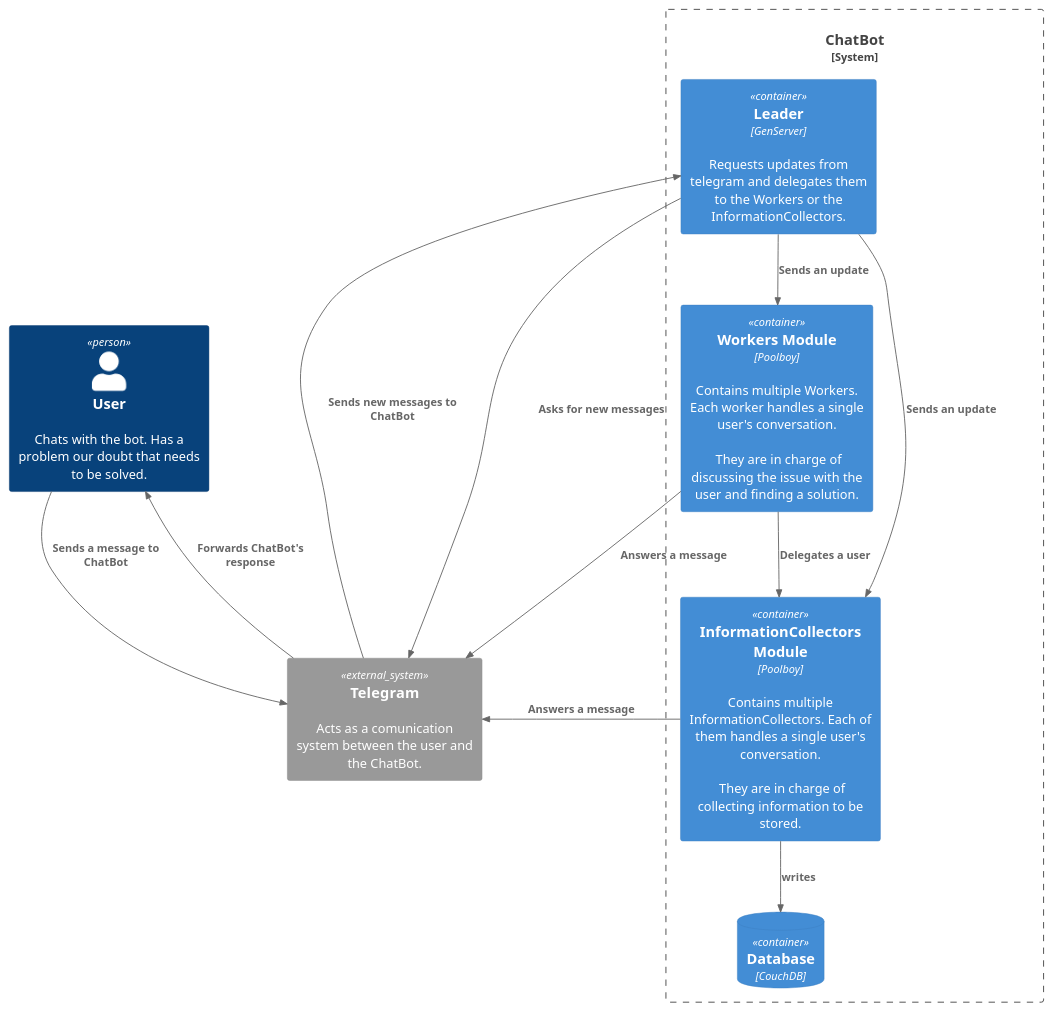
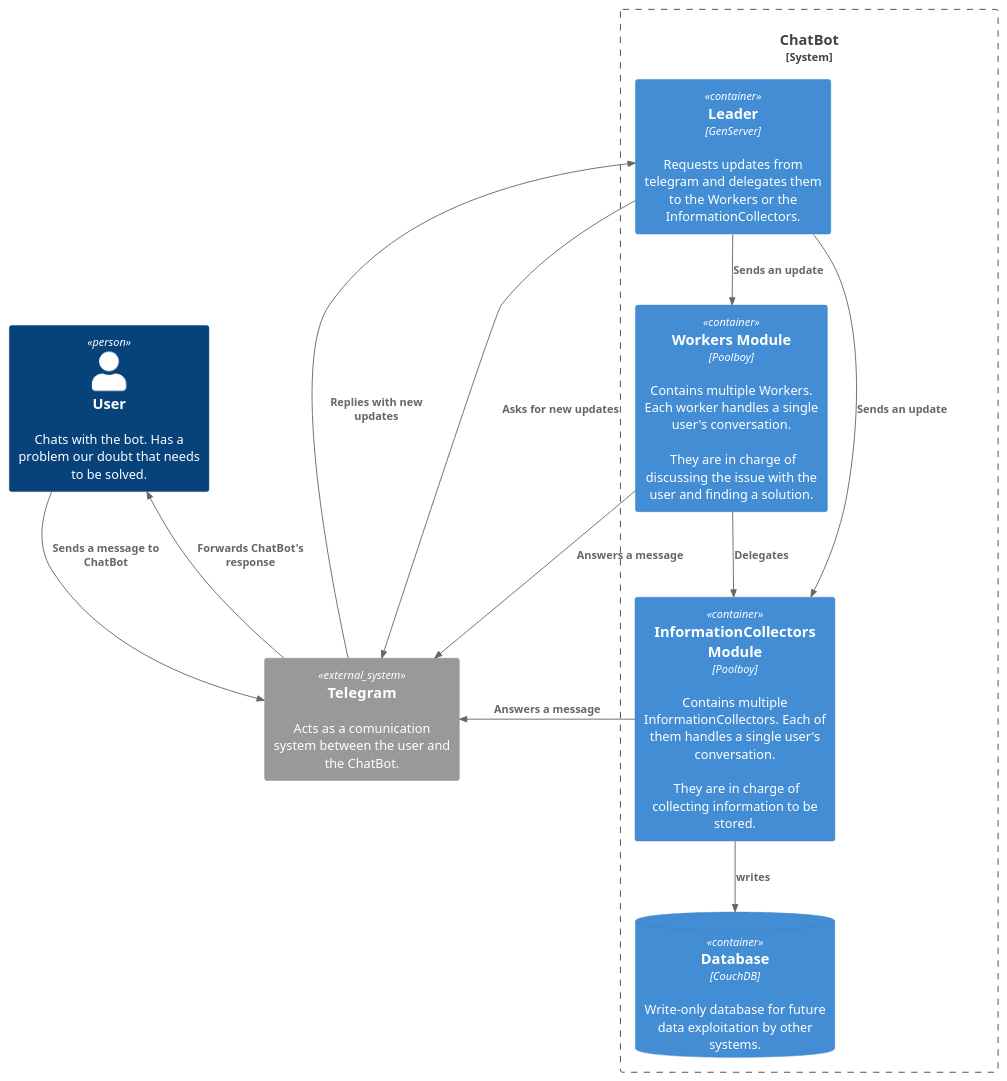
Before and after one commit to TsolidarioFG/2024-Ecos-do-Sur: the diagram in doc/container.pu, drawn with PlantUML. The commit also changed 7 other files, not shown here.

```diff
--- a/doc/container.pu
+++ b/doc/container.pu
@@ -1,37 +1,37 @@
 @startuml Container
 !include <C4/C4_Container>
 
 Person(aliasUser, "User", "Chats with the bot. Has a problem our doubt that needs to be solved.")
 System_Ext(Telegram, "Telegram", "Acts as a comunication system between the user and the ChatBot.")
 System_Boundary(boundary, "ChatBot") {
     Container(Leader, "Leader", "GenServer", "Requests updates from telegram and delegates them to the Workers or the InformationCollectors.")
     Container(workers, "Workers Module", "Poolboy", "Contains multiple Workers. Each worker handles a single user's conversation.\n\n They are in charge of discussing the issue with the user and finding a solution.")
     Container(informationCollectors, "InformationCollectors Module", "Poolboy", "Contains multiple InformationCollectors. Each of them handles a single user's conversation.\n\n They are in charge of collecting information to be stored.")
-    ContainerDb(couchDb, "Database", "CouchDB")
+    ContainerDb(couchDb, "Database", "CouchDB", "Write-only database for future data exploitation by other systems.")
     
     
 }
 
 Rel(aliasUser, Telegram, "Sends a message to ChatBot")
 Rel(Telegram, aliasUser, "Forwards ChatBot's response")
 Rel(Leader, workers, "Sends an update")
-Rel(workers, informationCollectors, "Delegates a user")
+Rel(workers, informationCollectors, "Delegates")
 Rel(Leader, informationCollectors, "Sends an update")
 
-Rel(Leader, Telegram, "Asks for new messages")
-Rel(Telegram, Leader, "Sends new messages to ChatBot")
+Rel(Leader, Telegram, "Asks for new updates")
+Rel(Telegram, Leader, "Replies with new updates")
 
 Rel(informationCollectors, couchDb, "writes")
 
 Rel(workers, Telegram, "Answers a message")
 Rel(informationCollectors, Telegram, "Answers a message")
 
 
 
 
 
 
 
 
 
 @enduml
```
